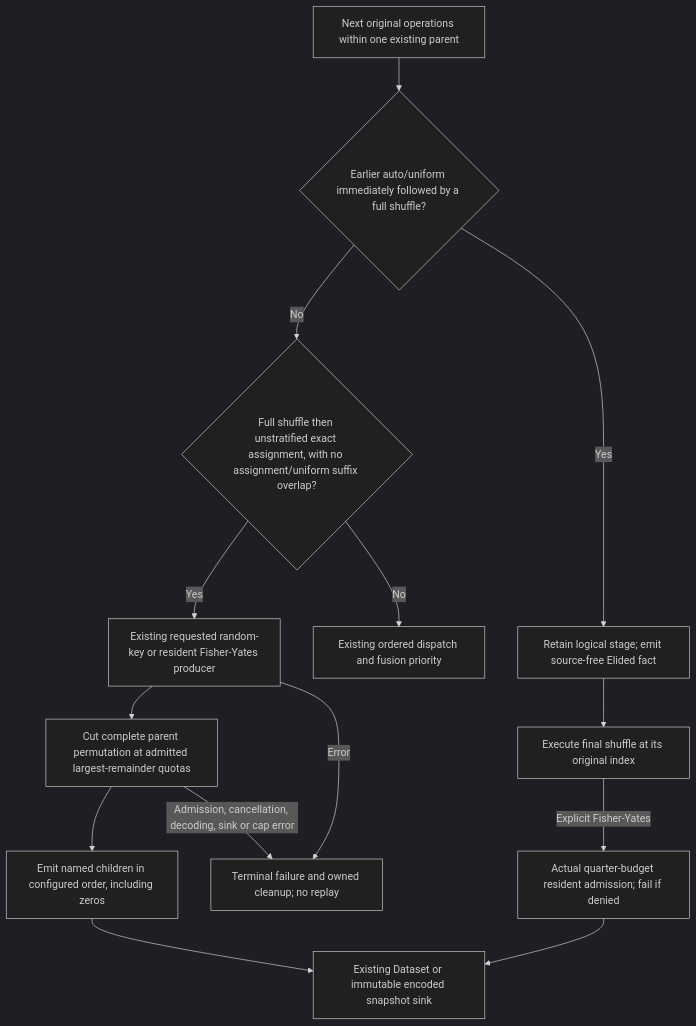
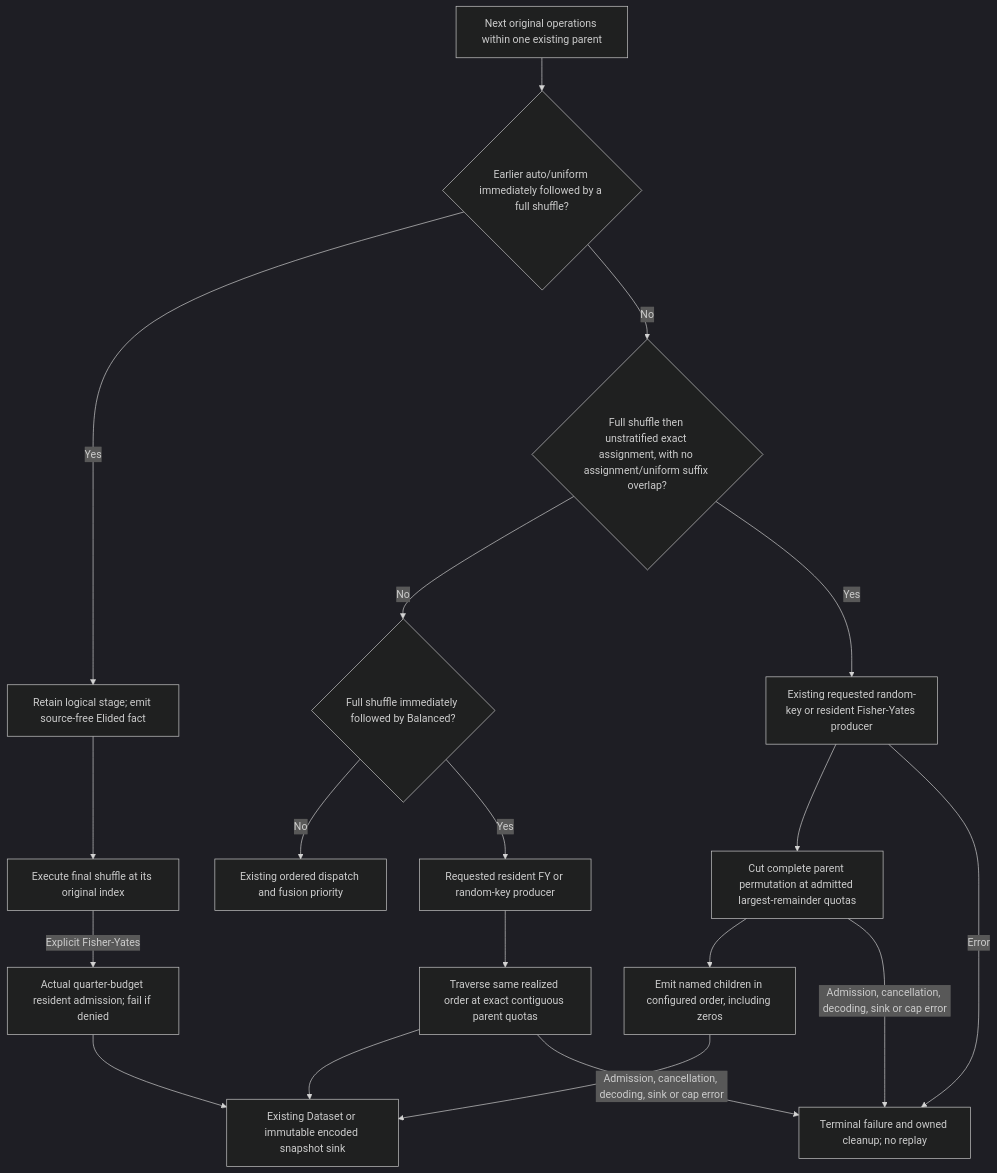
One commit to jsmatfess/chopper changed the fifth of 14 diagrams in docs/execution-decisions.md. Above: the diagram before and after it, drawn with Mermaid (dark theme). The commit also changed other lines of this file and 75 other files, not shown here.

````diff
--- a/docs/execution-decisions.md
+++ b/docs/execution-decisions.md
@@ -211,16 +336,21 @@
 ```mermaid
 flowchart TD
     Span[Next original operations within one existing parent] --> Last{Earlier auto/uniform immediately followed by a full shuffle?}
     Last -->|Yes| Elide[Retain logical stage; emit source-free Elided fact]
     Elide --> Final[Execute final shuffle at its original index]
     Last -->|No| Pair{Full shuffle then unstratified exact assignment, with no assignment/uniform suffix overlap?}
-    Pair -->|No| Ordinary[Existing ordered dispatch and fusion priority]
+    Pair -->|No| BalancedPair{Full shuffle immediately followed by Balanced?}
+    BalancedPair -->|No| Ordinary[Existing ordered dispatch and fusion priority]
+    BalancedPair -->|Yes| BalancedProducer[Requested resident FY or random-key producer]
+    BalancedProducer --> Ranges[Traverse same realized order at exact contiguous parent quotas]
+    Ranges --> Output
+    Ranges -->|Admission, cancellation, decoding, sink or cap error| Fail
     Pair -->|Yes| Permute[Existing requested random-key or resident Fisher-Yates producer]
     Permute --> Quotas[Cut complete parent permutation at admitted largest-remainder quotas]
     Quotas --> Children[Emit named children in configured order, including zeros]
     Quotas -->|Admission, cancellation, decoding, sink or cap error| Fail[Terminal failure and owned cleanup; no replay]
     Permute -->|Error| Fail
     Final -->|Explicit Fisher-Yates| Resident[Actual quarter-budget resident admission; fail if denied]
     Children --> Output[Existing Dataset or immutable encoded snapshot sink]
     Resident --> Output
 ```
````
